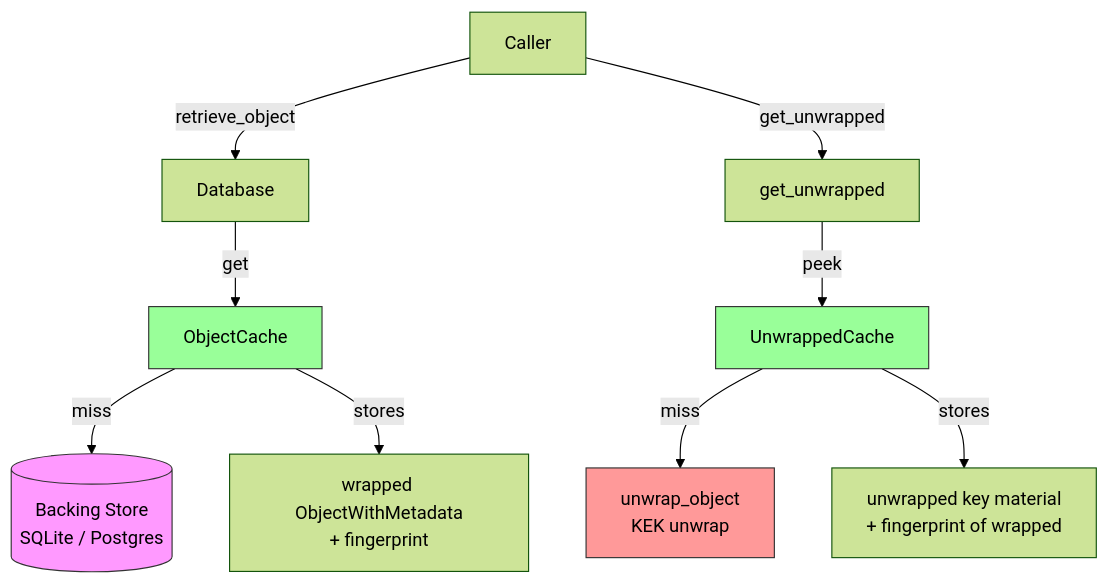
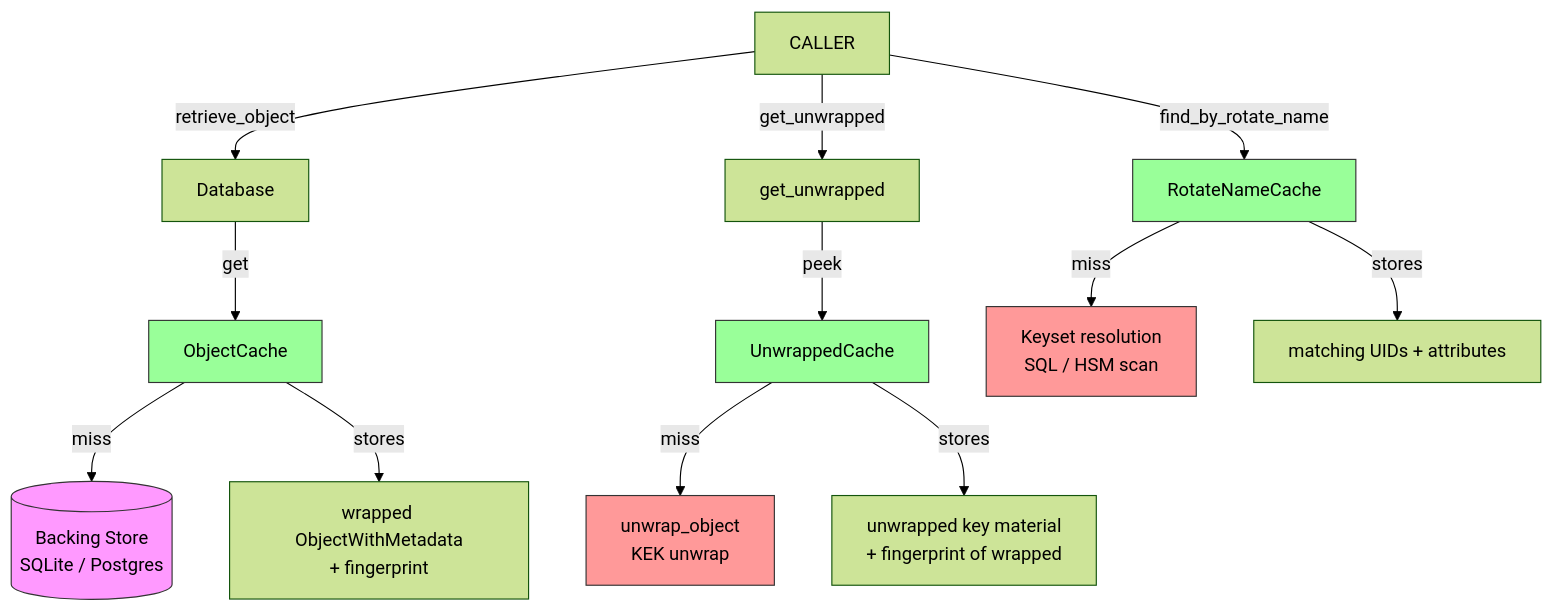
Before and after one commit to Cosmian/kms: the first of 13 diagrams in documentation/docs/configuration/object-cache.md, drawn with Mermaid (forest theme). The commit also changed other lines of this file and 461 other files, not shown here.

````diff
--- a/documentation/docs/configuration/object-cache.md
+++ b/documentation/docs/configuration/object-cache.md
@@ -12,21 +14,25 @@
 ```mermaid
 graph TD
-    CALLER[Caller]
-
     CALLER -->|retrieve_object| DB[Database]
     CALLER -->|get_unwrapped| GU[get_unwrapped]
+    CALLER -->|find_by_rotate_name| RNC[RotateNameCache]
 
     DB -->|get| OC[ObjectCache]
     OC -->|miss| BS[(Backing Store<br/>SQLite / Postgres)]
 
     GU -->|peek| UC[UnwrappedCache]
     UC -->|miss| CRYPTO[unwrap_object<br/>KEK unwrap]
 
+    RNC -->|miss| RESOLVE[Keyset resolution<br/>SQL / HSM scan]
+
     OC -->|stores| OC_VAL["wrapped ObjectWithMetadata<br/>+ fingerprint"]
     UC -->|stores| UC_VAL["unwrapped key material<br/>+ fingerprint of wrapped"]
+    RNC -->|stores| RNC_VAL["matching UIDs + attributes"]
 
     style BS fill:#f9f,stroke:#333
     style CRYPTO fill:#f99,stroke:#333
+    style RESOLVE fill:#f99,stroke:#333
     style OC fill:#9f9,stroke:#333
     style UC fill:#9f9,stroke:#333
+    style RNC fill:#9f9,stroke:#333
 ```
````
